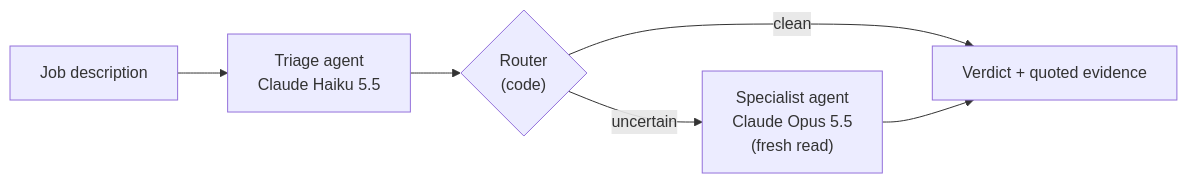
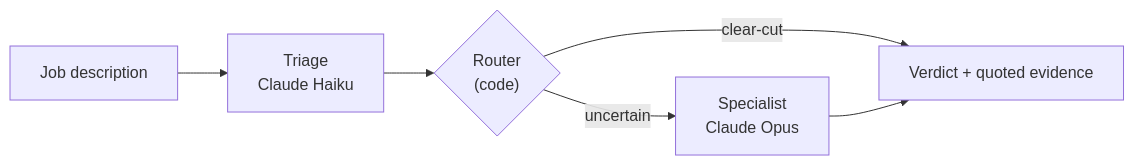
The second of 2 diagrams in README.md (indoortigeryue/internship-agent), drawn with Mermaid before and after one commit. The commit also changed other lines of this file and 1 other file, not shown here.

````diff
--- a/README.md
+++ b/README.md
@@ -171,8 +72,8 @@
 ```mermaid
 flowchart LR
-    JD[Job description] --> T["Triage agent<br/>Claude Haiku 5.5"]
+    JD[Job description] --> T["Triage<br/>Claude Haiku"]
     T --> R{"Router<br/>(code)"}
-    R -- clean --> OUT[Verdict + quoted evidence]
-    R -- uncertain --> S["Specialist agent<br/>Claude Opus 5.5<br/>(fresh read)"]
+    R -- clear-cut --> OUT[Verdict + quoted evidence]
+    R -- uncertain --> S["Specialist<br/>Claude Opus"]
     S --> OUT
 ```
````
